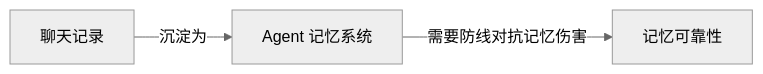
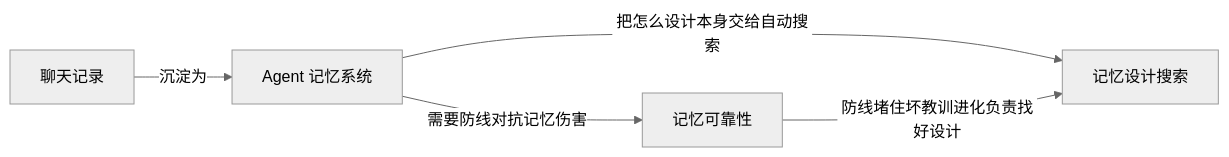
Before and after one commit to z-Zihan/LLM-101: the eighth of 10 diagrams in 知识网络.md, drawn with Mermaid (neutral theme). The commit also changed other lines of this file and 4 other files, not shown here.

Commit message:
docs(memory): add memory design search section on program-evolved memory systems (MAPE) (#30)

````diff
--- a/知识网络.md
+++ b/知识网络.md
@@ -500,8 +501,11 @@
 ```mermaid
 flowchart LR
+    n_memory_design_search["记忆设计搜索"]
     n_conversation_history["聊天记录"]
     n_memory_reliability["记忆可靠性"]
     n_agent_memory_system["Agent 记忆系统"]
     n_conversation_history -->|"沉淀为"| n_agent_memory_system
     n_agent_memory_system -->|"需要防线对抗记忆伤害"| n_memory_reliability
+    n_agent_memory_system -->|"把怎么设计本身交给自动搜索"| n_memory_design_search
+    n_memory_reliability -->|"防线堵住坏教训进化负责找好设计"| n_memory_design_search
 ```
````
